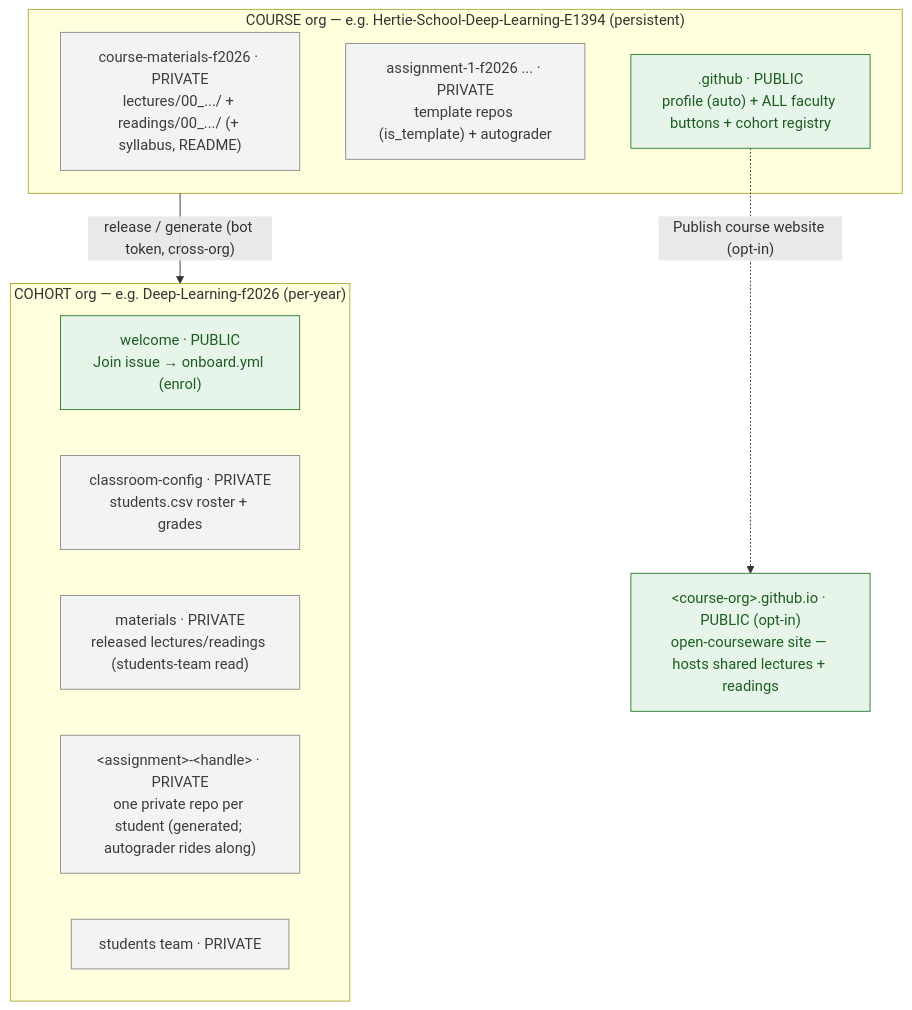
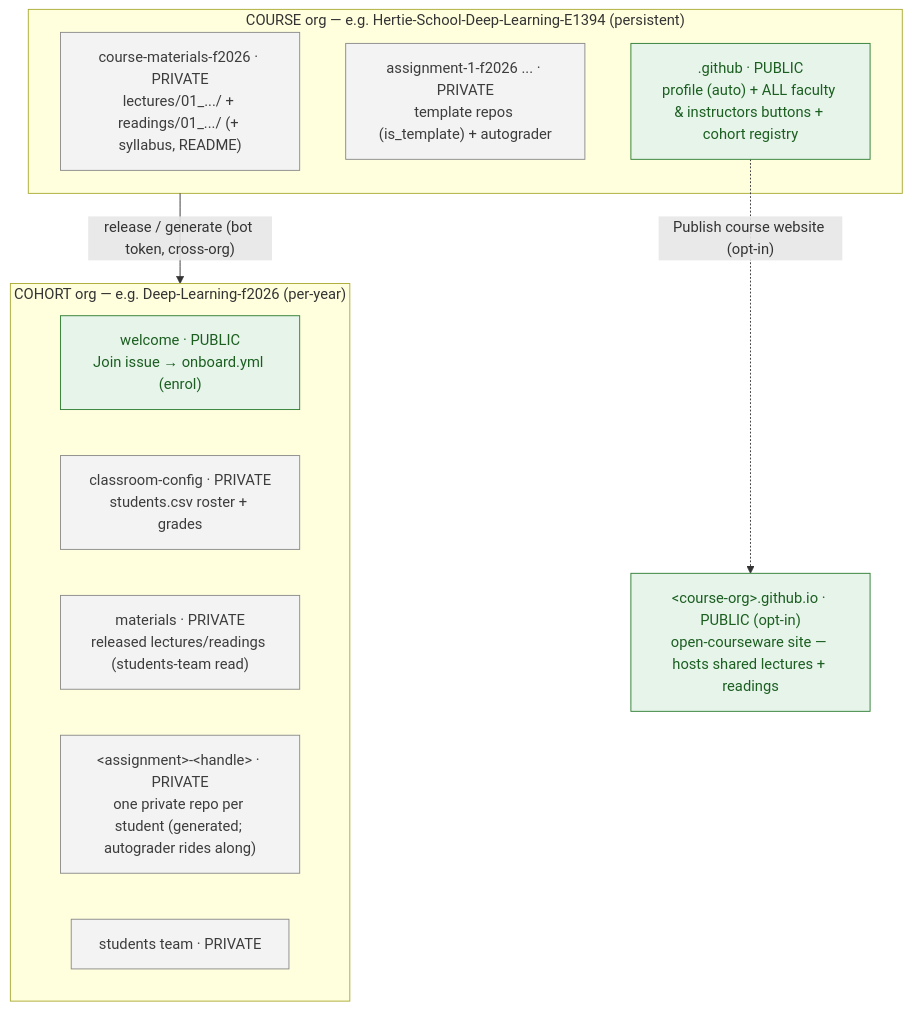
Before and after one commit to hertie-data-science-lab/dsl-teaching-course-setup: the diagram in README.md, drawn with Mermaid. The commit also changed other lines of this file and 37 other files, not shown here.

First line of the commit message:
feat(scaffold): enrich materials README/MAINTAINING, 1-base sessions, faculty & instructors term (#85)

````diff
--- a/README.md
+++ b/README.md
@@ -17,26 +17,26 @@
 ```mermaid
 flowchart TB
   subgraph COURSE["COURSE org — e.g. Hertie-School-Deep-Learning-E1394 (persistent)"]
-    mat["course-materials-f2026 · PRIVATE<br/>lectures/00_.../ + readings/00_.../ (+ syllabus, README)"]
+    mat["course-materials-f2026 · PRIVATE<br/>lectures/01_.../ + readings/01_.../ (+ syllabus, README)"]
     tmpl["assignment-1-f2026 ... · PRIVATE<br/>template repos (is_template) + autograder"]
-    gh[".github · PUBLIC<br/>profile (auto) + ALL faculty buttons + cohort registry"]
+    gh[".github · PUBLIC<br/>profile (auto) + ALL faculty & instructors buttons + cohort registry"]
   end
 
   subgraph COHORT["COHORT org — e.g. Deep-Learning-f2026 (per-year)"]
     welcome["welcome · PUBLIC<br/>Join issue → onboard.yml (enrol)"]
     cfg["classroom-config · PRIVATE<br/>students.csv roster + grades"]
     cmat["materials · PRIVATE<br/>released lectures/readings (students-team read)"]
     repos["&lt;assignment&gt;-&lt;handle&gt; · PRIVATE<br/>one private repo per student (generated; autograder rides along)"]
     team["students team · PRIVATE"]
   end
 
   pub["&lt;course-org&gt;.github.io · PUBLIC (opt-in)<br/>open-courseware site — hosts shared lectures + readings"]
 
   COURSE -->|"release / generate (bot token, cross-org)"| COHORT
   gh -.->|"Publish course website (opt-in)"| pub
 
   classDef public fill:#e6f4ea,stroke:#2e7d32,color:#1b5e20;
   classDef private fill:#f3f3f3,stroke:#8a8a8a,color:#3c3c3c;
   class gh,welcome,pub public;
   class mat,tmpl,cfg,cmat,repos,team private;
 ```
````
